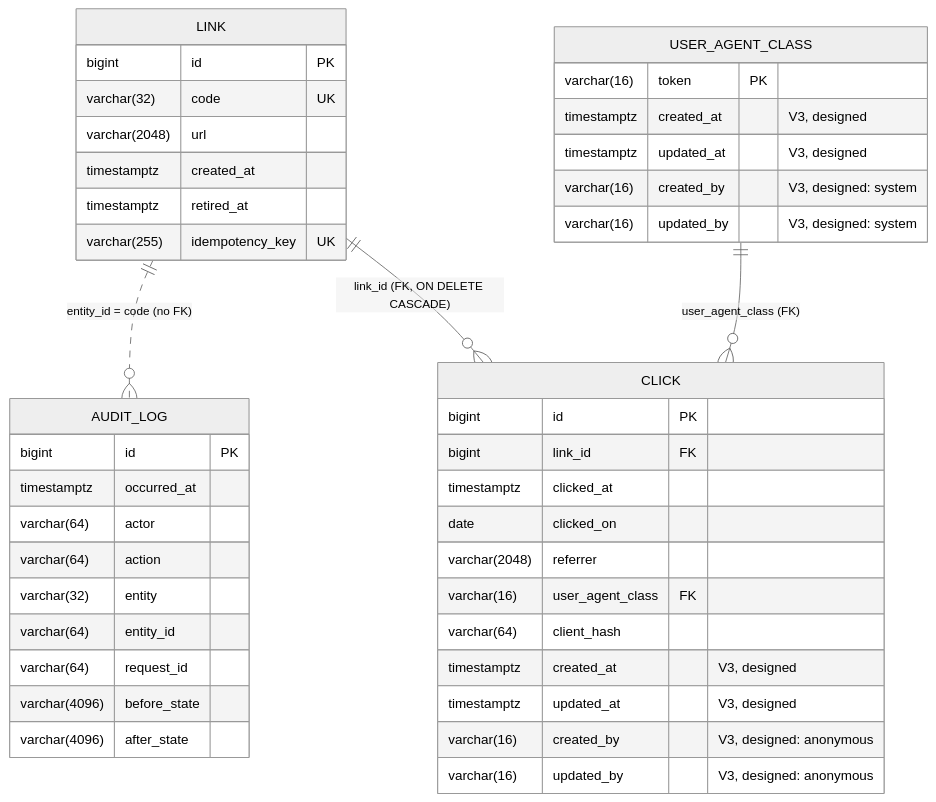
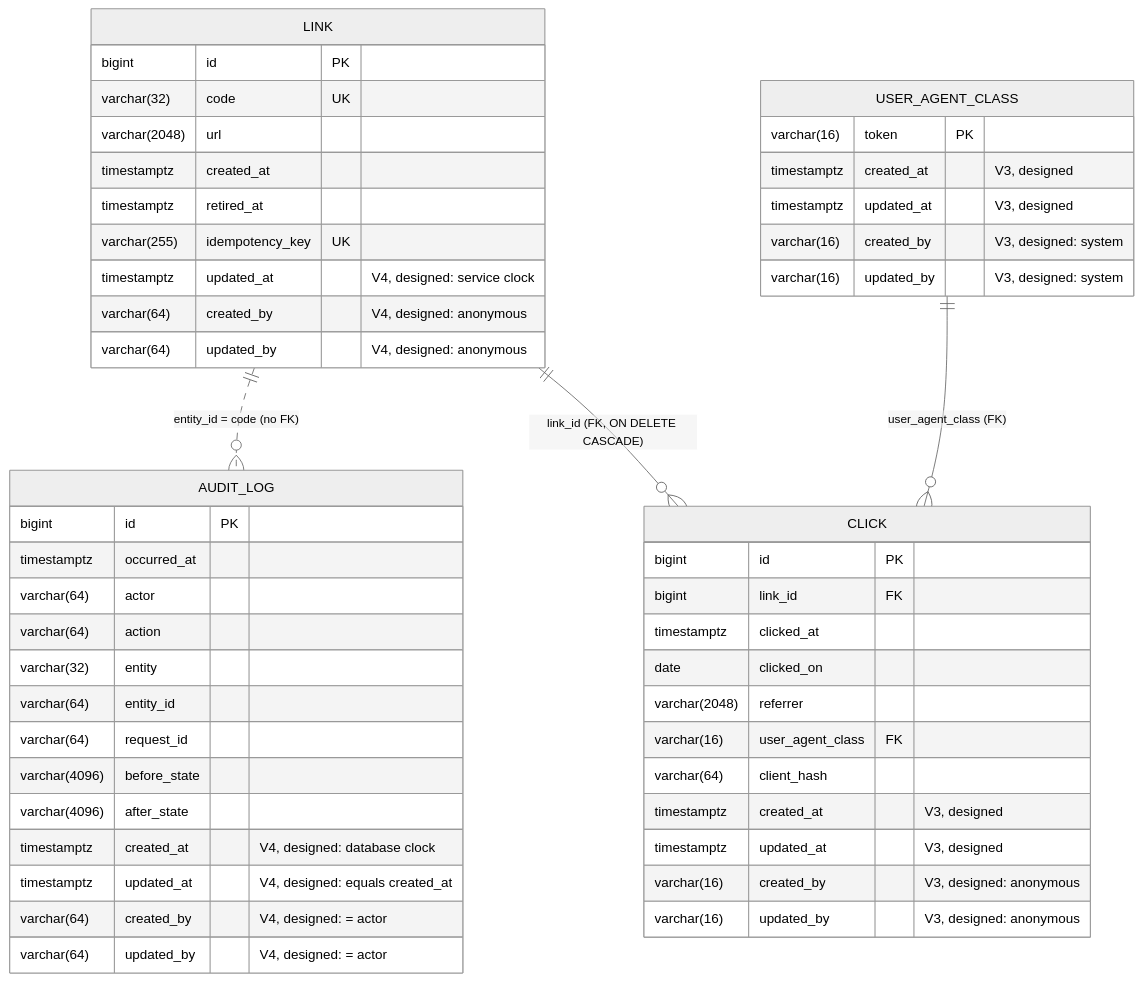
The second of 2 diagrams in docs/DESIGN.md (aurbanow1/url-shortener-agentic-sdlc), drawn with Mermaid (neutral theme) before and after one commit. The commit also changed other lines of this file and 3 other files, not shown here.

````diff
--- a/docs/DESIGN.md
+++ b/docs/DESIGN.md
@@ -449,45 +449,52 @@
 ```mermaid
 erDiagram
     LINK {
         bigint id PK
         varchar(32) code UK
         varchar(2048) url
         timestamptz created_at
         timestamptz retired_at
         varchar(255) idempotency_key UK
+        timestamptz updated_at "V4, designed: service clock"
+        varchar(64) created_by "V4, designed: anonymous"
+        varchar(64) updated_by "V4, designed: anonymous"
     }
     AUDIT_LOG {
         bigint id PK
         timestamptz occurred_at
         varchar(64) actor
         varchar(64) action
         varchar(32) entity
         varchar(64) entity_id
         varchar(64) request_id
         varchar(4096) before_state
         varchar(4096) after_state
+        timestamptz created_at "V4, designed: database clock"
+        timestamptz updated_at "V4, designed: equals created_at"
+        varchar(64) created_by "V4, designed: = actor"
+        varchar(64) updated_by "V4, designed: = actor"
     }
     CLICK {
         bigint id PK
         bigint link_id FK
         timestamptz clicked_at
         date clicked_on
         varchar(2048) referrer
         varchar(16) user_agent_class FK
         varchar(64) client_hash
         timestamptz created_at "V3, designed"
         timestamptz updated_at "V3, designed"
         varchar(16) created_by "V3, designed: anonymous"
         varchar(16) updated_by "V3, designed: anonymous"
     }
     USER_AGENT_CLASS {
         varchar(16) token PK
         timestamptz created_at "V3, designed"
         timestamptz updated_at "V3, designed"
         varchar(16) created_by "V3, designed: system"
         varchar(16) updated_by "V3, designed: system"
     }
     LINK ||..o{ AUDIT_LOG : "entity_id = code (no FK)"
     LINK ||--o{ CLICK : "link_id (FK, ON DELETE CASCADE)"
     USER_AGENT_CLASS ||--o{ CLICK : "user_agent_class (FK)"
 ```
````
